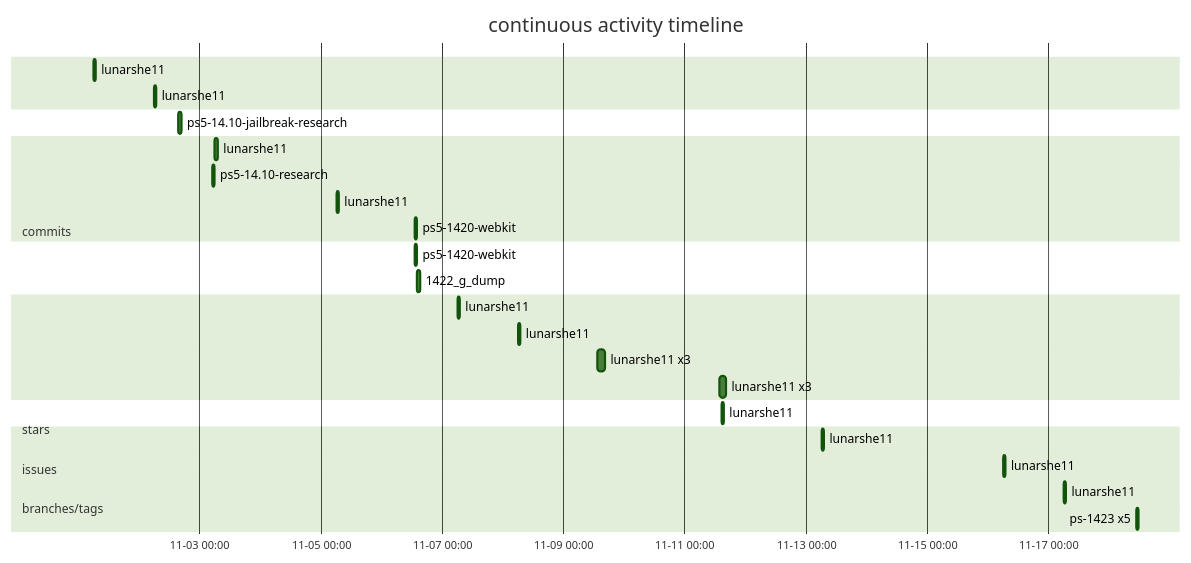
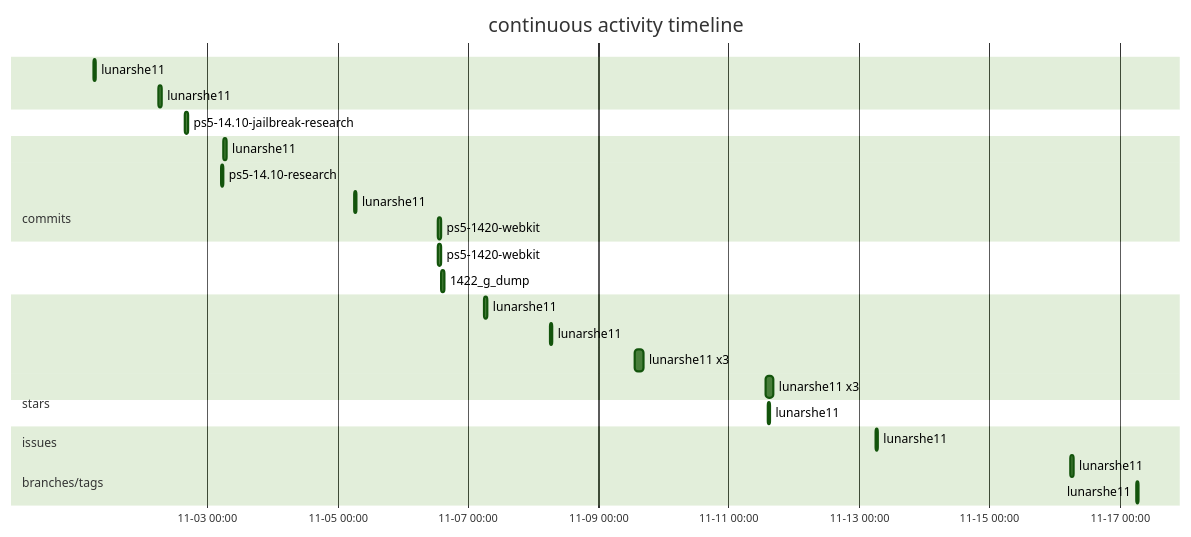
The first of 3 diagrams in README.md (lunarshe11/lunarshe11), drawn with Mermaid (forest theme) before and after one commit. The commit also changed other lines of this file, not shown here.

````diff
--- a/README.md
+++ b/README.md
@@ -13,33 +13,32 @@
 ```mermaid
 gantt
     title continuous activity timeline
     dateFormat  YYYY-MM-DD HH:mm
     axisFormat  %m-%d %H:%M
     section commits
         lunarshe11 :2026-11-01 06:05, 1h
         lunarshe11 :2026-11-02 06:05, 1h
     section stars
         ps5-14.10-jailbreak-research :2026-11-02 15:49, 1h
     section commits
         lunarshe11 :2026-11-03 06:05, 1h
     section issues
         ps5-14.10-research :2026-11-03 04:55, 1h
     section commits
         lunarshe11 :2026-11-05 06:05, 1h
         ps5-1420-webkit :2026-11-06 13:07, 1h
     section branches/tags
         ps5-1420-webkit :2026-11-06 12:59, 1h
         1422_g_dump :2026-11-06 14:11, 1h
     section commits
         lunarshe11 :2026-11-07 06:05, 1h
         lunarshe11 :2026-11-08 06:05, 1h
         lunarshe11 x3 :2026-11-09 13:33, 3h
         lunarshe11 x3 :2026-11-11 13:37, 3h
     section stars
         lunarshe11 :2026-11-11 14:30, 1h
     section commits
         lunarshe11 :2026-11-13 06:05, 1h
         lunarshe11 :2026-11-16 06:05, 1h
         lunarshe11 :2026-11-17 06:05, 1h
-        ps-1423 x5 :2026-11-18 10:39, 1h
 ```
````
